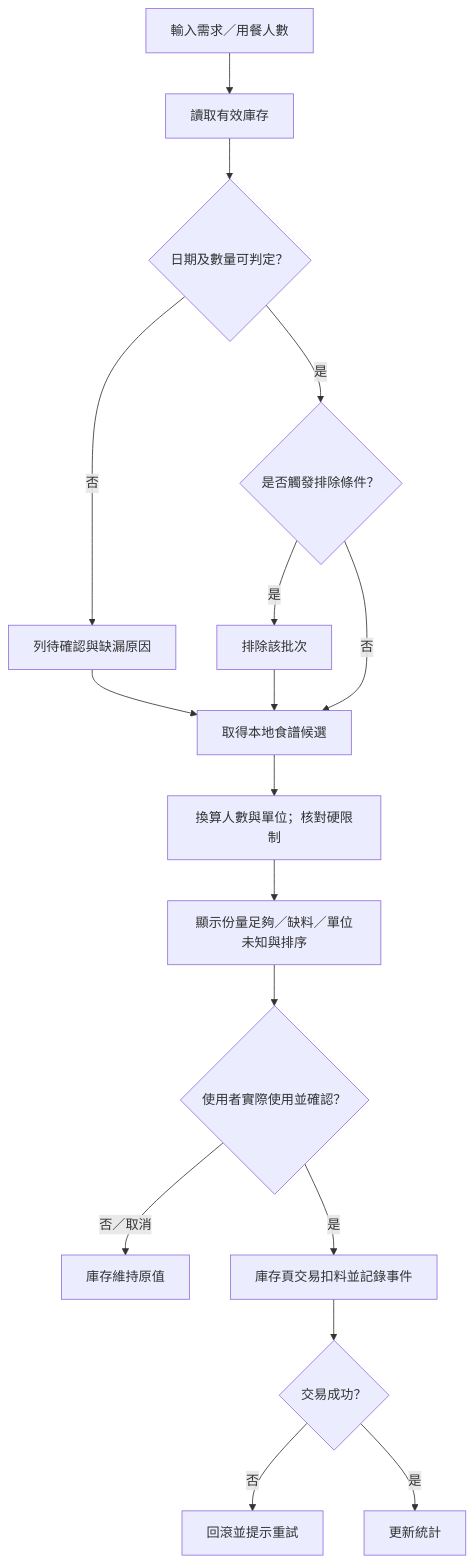
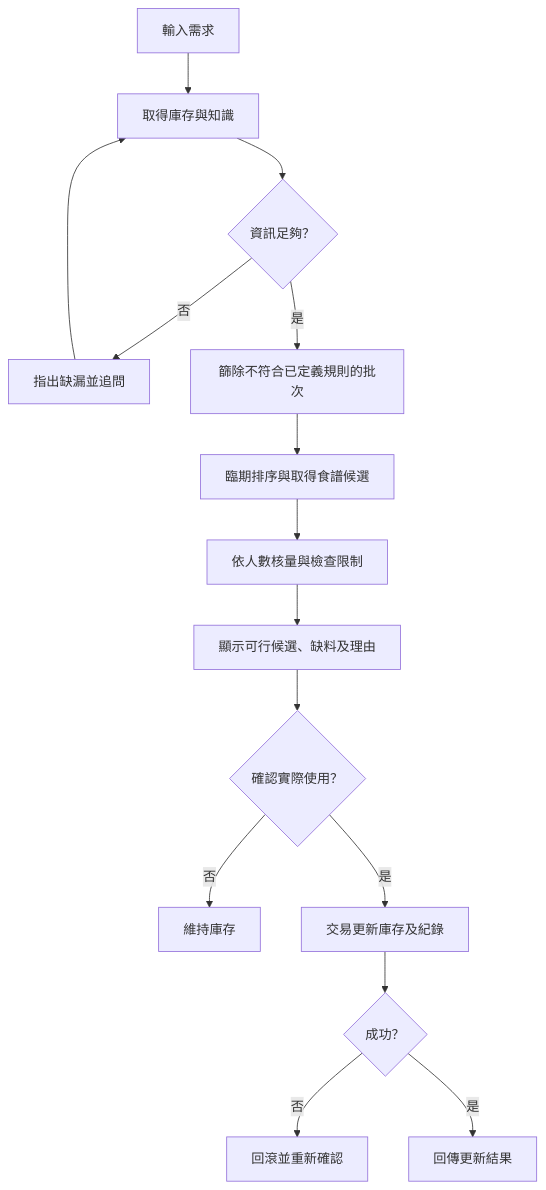
One commit to Wesley0628c/DIC3 changed the second of 2 diagrams in DESIGN.md. Above: the diagram before and after it, drawn with Mermaid. The commit also changed other lines of this file and 104 other files, not shown here.

````diff
--- a/DESIGN.md
+++ b/DESIGN.md
@@ -41,19 +39,17 @@
 ```mermaid
 flowchart TD
-  Q["輸入需求／用餐人數"] --> I["讀取有效庫存"]
-  I --> D{"日期及數量可判定？"}
-  D -->|否| C["列待確認與缺漏原因"]
-  D -->|是| S{"是否觸發排除條件？"}
-  S -->|是| B["排除該批次"]
-  S -->|否| R["取得本地食譜候選"]
-  C --> R
-  B --> R
-  R --> P["換算人數與單位；核對硬限制"]
-  P --> O["顯示份量足夠／缺料／單位未知與排序"]
-  O --> H{"使用者實際使用並確認？"}
-  H -->|否／取消| END["庫存維持原值"]
-  H -->|是| TX["庫存頁交易扣料並記錄事件"]
-  TX --> F{"交易成功？"}
-  F -->|否| RB["回滾並提示重試"]
-  F -->|是| LOG["更新統計"]
+  I[輸入需求] --> Q[取得庫存與知識]
+  Q --> C{資訊足夠？}
+  C -->|否| ASK[指出缺漏並追問]
+  ASK --> Q
+  C -->|是| FILTER[篩除不符合已定義規則的批次]
+  FILTER --> R[臨期排序與取得食譜候選]
+  R --> CHECK[依人數核量與檢查限制]
+  CHECK --> OUTPUT[顯示可行候選、缺料及理由]
+  OUTPUT --> CONFIRM{確認實際使用？}
+  CONFIRM -->|否| END[維持庫存]
+  CONFIRM -->|是| TX[交易更新庫存及紀錄]
+  TX --> OK{成功？}
+  OK -->|否| ROLLBACK[回滾並重新確認]
+  OK -->|是| DONE[回傳更新結果]
 ```
````
